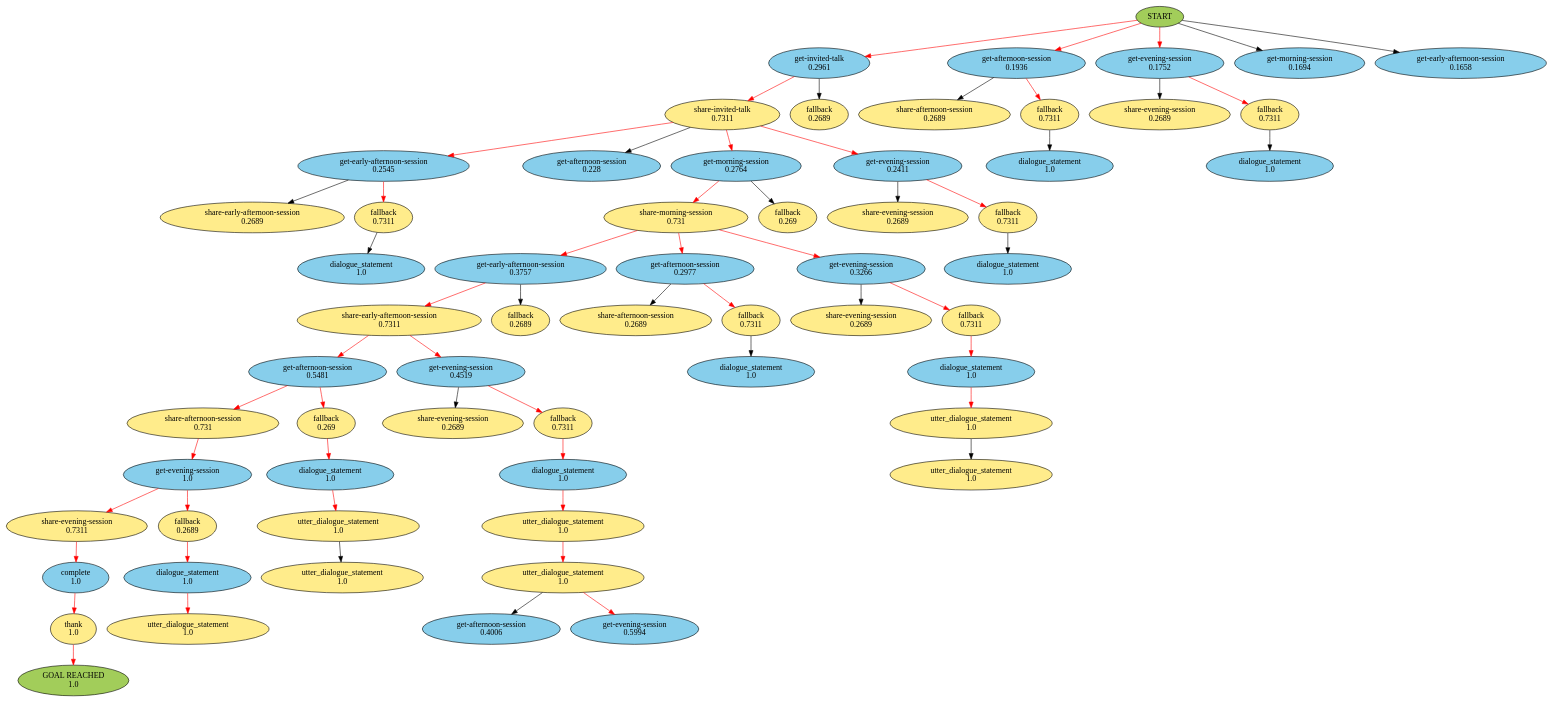
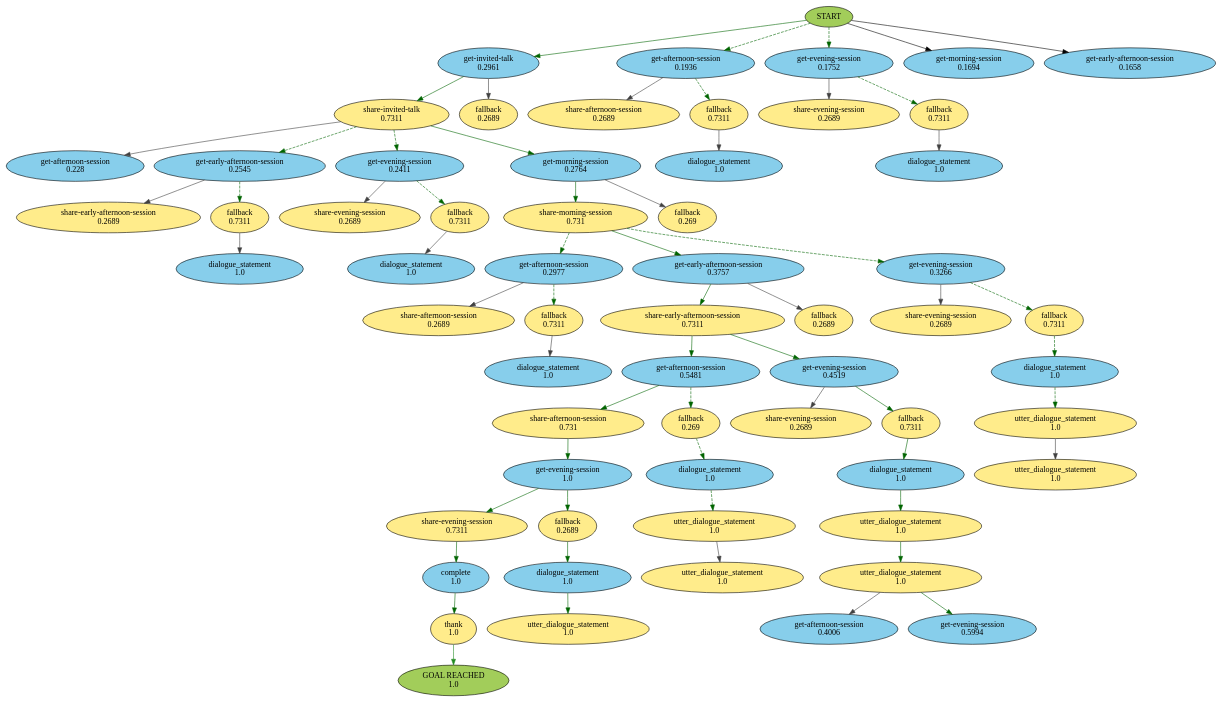
One commit to IBM/contingent-plan-executor changed the diagram in beam_search.gv. Above: the diagram before and after it, drawn with Graphviz. The commit also changed 3 other files, not shown here.

```diff
--- a/beam_search.gv
+++ b/beam_search.gv
@@ -1,14 +1,14 @@
-digraph {
+strict digraph {
 	0 [label=START fillcolor=darkolivegreen3 style=filled]
 	1 [label="get-invited-talk
 0.2961" fillcolor=skyblue style=filled]
-	0 -> 1 [color=red]
+	0 -> 1 [color=darkgreen style=dashed]
 	2 [label="get-afternoon-session
 0.1936" fillcolor=skyblue style=filled]
-	0 -> 2 [color=red]
+	0 -> 2 [color=darkgreen style=dashed]
 	3 [label="get-evening-session
 0.1752" fillcolor=skyblue style=filled]
-	0 -> 3 [color=red]
+	0 -> 3 [color=darkgreen style=dashed]
 	4 [label="get-morning-session
 0.1694" fillcolor=skyblue style=filled]
 	0 -> 4 [color=black]
@@ -17,167 +17,203 @@
 	0 -> 5 [color=black]
 	6 [label="share-invited-talk
 0.7311" fillcolor=lightgoldenrod1 style=filled]
-	1 -> 6 [color=red]
+	1 -> 6 [color=darkgreen style=dashed]
 	7 [label="fallback
 0.2689" fillcolor=lightgoldenrod1 style=filled]
-	1 -> 7 [color=black]
+	1 -> 7 [color=grey25 style=solid]
 	8 [label="share-afternoon-session
 0.2689" fillcolor=lightgoldenrod1 style=filled]
-	2 -> 8 [color=black]
+	2 -> 8 [color=grey25 style=solid]
 	9 [label="fallback
 0.7311" fillcolor=lightgoldenrod1 style=filled]
-	2 -> 9 [color=red]
+	2 -> 9 [color=darkgreen style=dashed]
 	10 [label="share-evening-session
 0.2689" fillcolor=lightgoldenrod1 style=filled]
-	3 -> 10 [color=black]
+	3 -> 10 [color=grey25 style=solid]
 	11 [label="fallback
 0.7311" fillcolor=lightgoldenrod1 style=filled]
-	3 -> 11 [color=red]
-	12 [label="get-early-afternoon-session
+	3 -> 11 [color=darkgreen style=dashed]
+	12 [label="get-afternoon-session
+0.228" fillcolor=skyblue style=filled]
+	6 -> 12 [color=grey25 style=solid]
+	13 [label="get-early-afternoon-session
 0.2545" fillcolor=skyblue style=filled]
-	6 -> 12 [color=red]
-	13 [label="get-afternoon-session
-0.228" fillcolor=skyblue style=filled]
-	6 -> 13 [color=black]
-	14 [label="get-morning-session
+	6 -> 13 [color=darkgreen style=dashed]
+	14 [label="get-evening-session
+0.2411" fillcolor=skyblue style=filled]
+	6 -> 14 [color=darkgreen style=dashed]
+	15 [label="get-morning-session
 0.2764" fillcolor=skyblue style=filled]
-	6 -> 14 [color=red]
-	15 [label="get-evening-session
-0.2411" fillcolor=skyblue style=filled]
-	6 -> 15 [color=red]
+	6 -> 15 [color=darkgreen style=dashed]
 	16 [label="dialogue_statement
 1.0" fillcolor=skyblue style=filled]
-	9 -> 16 [color=black]
+	9 -> 16 [color=grey25 style=solid]
 	17 [label="dialogue_statement
 1.0" fillcolor=skyblue style=filled]
-	11 -> 17 [color=black]
+	11 -> 17 [color=grey25 style=solid]
 	18 [label="share-morning-session
 0.731" fillcolor=lightgoldenrod1 style=filled]
-	14 -> 18 [color=red]
+	15 -> 18 [color=darkgreen style=dashed]
 	19 [label="fallback
 0.269" fillcolor=lightgoldenrod1 style=filled]
-	14 -> 19 [color=black]
+	15 -> 19 [color=grey25 style=solid]
 	20 [label="share-early-afternoon-session
 0.2689" fillcolor=lightgoldenrod1 style=filled]
-	12 -> 20 [color=black]
+	13 -> 20 [color=grey25 style=solid]
 	21 [label="fallback
 0.7311" fillcolor=lightgoldenrod1 style=filled]
-	12 -> 21 [color=red]
+	13 -> 21 [color=darkgreen style=dashed]
 	22 [label="share-evening-session
 0.2689" fillcolor=lightgoldenrod1 style=filled]
-	15 -> 22 [color=black]
+	14 -> 22 [color=grey25 style=solid]
 	23 [label="fallback
 0.7311" fillcolor=lightgoldenrod1 style=filled]
-	15 -> 23 [color=red]
-	24 [label="get-early-afternoon-session
+	14 -> 23 [color=darkgreen style=dashed]
+	24 [label="get-afternoon-session
+0.2977" fillcolor=skyblue style=filled]
+	18 -> 24 [color=darkgreen style=dashed]
+	25 [label="get-early-afternoon-session
 0.3757" fillcolor=skyblue style=filled]
-	18 -> 24 [color=red]
-	25 [label="get-afternoon-session
-0.2977" fillcolor=skyblue style=filled]
-	18 -> 25 [color=red]
+	18 -> 25 [color=darkgreen style=dashed]
 	26 [label="get-evening-session
 0.3266" fillcolor=skyblue style=filled]
-	18 -> 26 [color=red]
+	18 -> 26 [color=darkgreen style=dashed]
 	27 [label="dialogue_statement
 1.0" fillcolor=skyblue style=filled]
-	21 -> 27 [color=black]
+	21 -> 27 [color=grey25 style=solid]
 	28 [label="dialogue_statement
 1.0" fillcolor=skyblue style=filled]
-	23 -> 28 [color=black]
+	23 -> 28 [color=grey25 style=solid]
 	29 [label="share-early-afternoon-session
 0.7311" fillcolor=lightgoldenrod1 style=filled]
-	24 -> 29 [color=red]
+	25 -> 29 [color=darkgreen style=dashed]
 	30 [label="fallback
 0.2689" fillcolor=lightgoldenrod1 style=filled]
-	24 -> 30 [color=black]
+	25 -> 30 [color=grey25 style=solid]
 	31 [label="share-evening-session
 0.2689" fillcolor=lightgoldenrod1 style=filled]
-	26 -> 31 [color=black]
+	26 -> 31 [color=grey25 style=solid]
 	32 [label="fallback
 0.7311" fillcolor=lightgoldenrod1 style=filled]
-	26 -> 32 [color=red]
+	26 -> 32 [color=darkgreen style=dashed]
 	33 [label="share-afternoon-session
 0.2689" fillcolor=lightgoldenrod1 style=filled]
-	25 -> 33 [color=black]
+	24 -> 33 [color=grey25 style=solid]
 	34 [label="fallback
 0.7311" fillcolor=lightgoldenrod1 style=filled]
-	25 -> 34 [color=red]
+	24 -> 34 [color=darkgreen style=dashed]
 	35 [label="get-afternoon-session
 0.5481" fillcolor=skyblue style=filled]
-	29 -> 35 [color=red]
+	29 -> 35 [color=darkgreen style=dashed]
 	36 [label="get-evening-session
 0.4519" fillcolor=skyblue style=filled]
-	29 -> 36 [color=red]
+	29 -> 36 [color=darkgreen style=dashed]
 	37 [label="dialogue_statement
 1.0" fillcolor=skyblue style=filled]
-	32 -> 37 [color=red]
+	32 -> 37 [color=darkgreen style=dashed]
 	38 [label="dialogue_statement
 1.0" fillcolor=skyblue style=filled]
-	34 -> 38 [color=black]
+	34 -> 38 [color=grey25 style=solid]
 	39 [label="utter_dialogue_statement
 1.0" fillcolor=lightgoldenrod1 style=filled]
-	37 -> 39 [color=red]
+	37 -> 39 [color=darkgreen style=dashed]
 	40 [label="share-afternoon-session
 0.731" fillcolor=lightgoldenrod1 style=filled]
-	35 -> 40 [color=red]
+	35 -> 40 [color=darkgreen style=dashed]
 	41 [label="fallback
 0.269" fillcolor=lightgoldenrod1 style=filled]
-	35 -> 41 [color=red]
+	35 -> 41 [color=darkgreen style=dashed]
 	42 [label="share-evening-session
 0.2689" fillcolor=lightgoldenrod1 style=filled]
-	36 -> 42 [color=black]
+	36 -> 42 [color=grey25 style=solid]
 	43 [label="fallback
 0.7311" fillcolor=lightgoldenrod1 style=filled]
-	36 -> 43 [color=red]
+	36 -> 43 [color=darkgreen style=dashed]
 	44 [label="utter_dialogue_statement
 1.0" fillcolor=lightgoldenrod1 style=filled]
-	39 -> 44 [color=black]
+	39 -> 44 [color=grey25 style=solid]
 	45 [label="get-evening-session
 1.0" fillcolor=skyblue style=filled]
-	40 -> 45 [color=red]
+	40 -> 45 [color=darkgreen style=dashed]
 	46 [label="dialogue_statement
 1.0" fillcolor=skyblue style=filled]
-	43 -> 46 [color=red]
+	43 -> 46 [color=darkgreen style=dashed]
 	47 [label="dialogue_statement
 1.0" fillcolor=skyblue style=filled]
-	41 -> 47 [color=red]
+	41 -> 47 [color=darkgreen style=dashed]
 	48 [label="utter_dialogue_statement
 1.0" fillcolor=lightgoldenrod1 style=filled]
-	46 -> 48 [color=red]
+	46 -> 48 [color=darkgreen style=dashed]
 	49 [label="utter_dialogue_statement
 1.0" fillcolor=lightgoldenrod1 style=filled]
-	47 -> 49 [color=red]
+	47 -> 49 [color=darkgreen style=dashed]
 	50 [label="share-evening-session
 0.7311" fillcolor=lightgoldenrod1 style=filled]
-	45 -> 50 [color=red]
+	45 -> 50 [color=darkgreen style=dashed]
 	51 [label="fallback
 0.2689" fillcolor=lightgoldenrod1 style=filled]
-	45 -> 51 [color=red]
+	45 -> 51 [color=darkgreen style=dashed]
 	52 [label="utter_dialogue_statement
 1.0" fillcolor=lightgoldenrod1 style=filled]
-	48 -> 52 [color=red]
+	48 -> 52 [color=darkgreen style=dashed]
 	53 [label="utter_dialogue_statement
 1.0" fillcolor=lightgoldenrod1 style=filled]
-	49 -> 53 [color=black]
+	49 -> 53 [color=grey25 style=solid]
 	54 [label="complete
 1.0" fillcolor=skyblue style=filled]
-	50 -> 54 [color=red]
+	50 -> 54 [color=darkgreen style=dashed]
 	55 [label="dialogue_statement
 1.0" fillcolor=skyblue style=filled]
-	51 -> 55 [color=red]
+	51 -> 55 [color=darkgreen style=dashed]
 	56 [label="get-afternoon-session
 0.4006" fillcolor=skyblue style=filled]
-	52 -> 56 [color=black]
+	52 -> 56 [color=grey25 style=solid]
 	57 [label="get-evening-session
 0.5994" fillcolor=skyblue style=filled]
-	52 -> 57 [color=red]
+	52 -> 57 [color=darkgreen style=dashed]
 	58 [label="thank
 1.0" fillcolor=lightgoldenrod1 style=filled]
-	54 -> 58 [color=red]
+	54 -> 58 [color=darkgreen style=dashed]
 	59 [label="utter_dialogue_statement
 1.0" fillcolor=lightgoldenrod1 style=filled]
-	55 -> 59 [color=red]
+	55 -> 59 [color=darkgreen style=dashed]
 	60 [label="GOAL REACHED
 1.0" fillcolor=darkolivegreen3 style=filled]
-	58 -> 60 [color=red]
+	58 -> 60 [color=forestgreen]
+	0 -> 1 [style=solid]
+	1 -> 6 [style=solid]
+	6 -> 15 [style=solid]
+	15 -> 18 [style=solid]
+	18 -> 25 [style=solid]
+	25 -> 29 [style=solid]
+	29 -> 35 [style=solid]
+	35 -> 40 [style=solid]
+	40 -> 45 [style=solid]
+	45 -> 50 [style=solid]
+	50 -> 54 [style=solid]
+	54 -> 58 [style=solid]
+	0 -> 1 [style=solid]
+	1 -> 6 [style=solid]
+	6 -> 15 [style=solid]
+	15 -> 18 [style=solid]
+	18 -> 25 [style=solid]
+	25 -> 29 [style=solid]
+	29 -> 35 [style=solid]
+	35 -> 40 [style=solid]
+	40 -> 45 [style=solid]
+	45 -> 51 [style=solid]
+	51 -> 55 [style=solid]
+	55 -> 59 [style=solid]
+	0 -> 1 [style=solid]
+	1 -> 6 [style=solid]
+	6 -> 15 [style=solid]
+	15 -> 18 [style=solid]
+	18 -> 25 [style=solid]
+	25 -> 29 [style=solid]
+	29 -> 36 [style=solid]
+	36 -> 43 [style=solid]
+	43 -> 46 [style=solid]
+	46 -> 48 [style=solid]
+	48 -> 52 [style=solid]
+	52 -> 57 [style=solid]
 }
```
